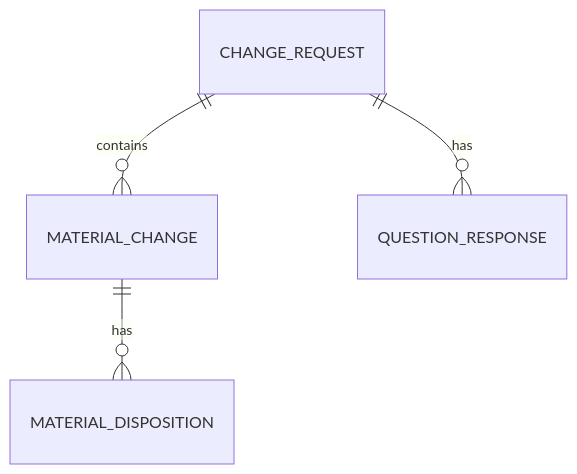
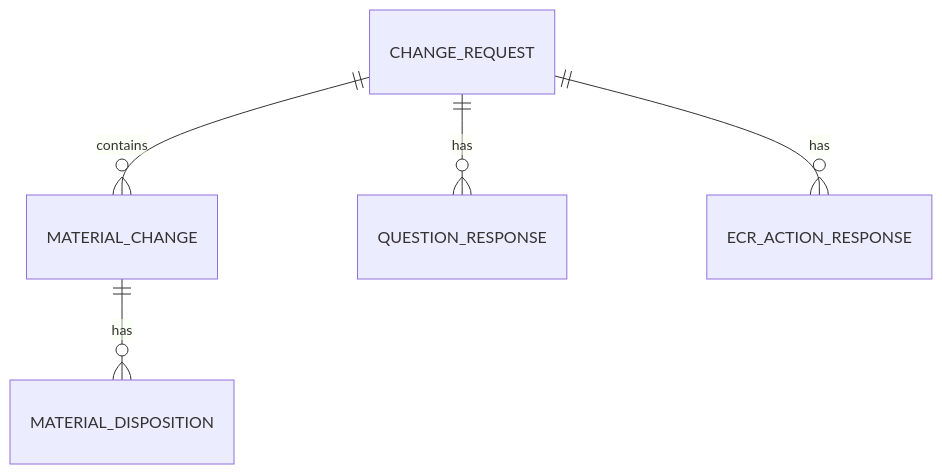
Before and after one commit to jack1415926/form-filling-system: the first of 2 diagrams in docs/PROJECT_GUIDE.md, drawn with Mermaid. The commit also changed other lines of this file and 30 other files, not shown here.

````diff
--- a/docs/PROJECT_GUIDE.md
+++ b/docs/PROJECT_GUIDE.md
@@ -29,6 +29,7 @@
 ```mermaid
 erDiagram
     CHANGE_REQUEST ||--o{ MATERIAL_CHANGE : contains
     MATERIAL_CHANGE ||--o{ MATERIAL_DISPOSITION : has
     CHANGE_REQUEST ||--o{ QUESTION_RESPONSE : has
+    CHANGE_REQUEST ||--o{ ECR_ACTION_RESPONSE : has
 ```
````
